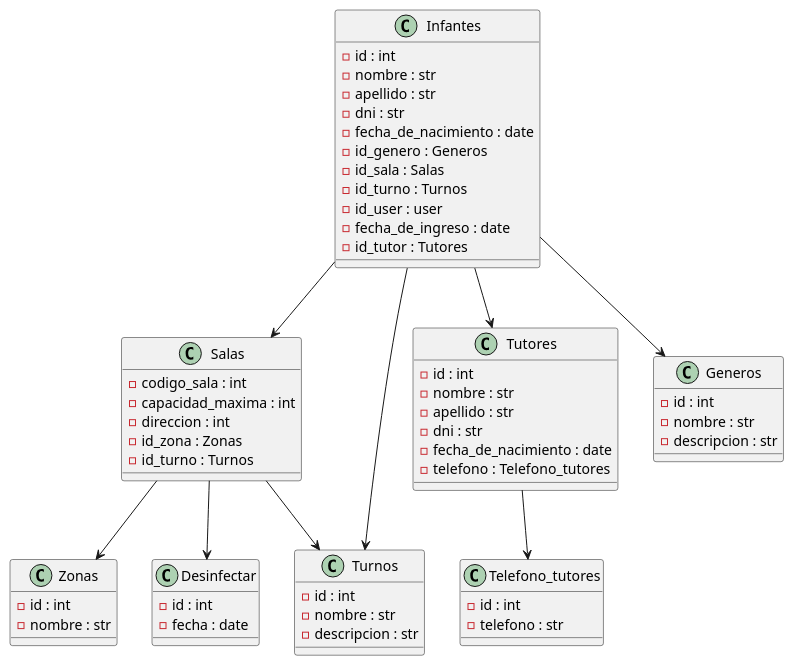
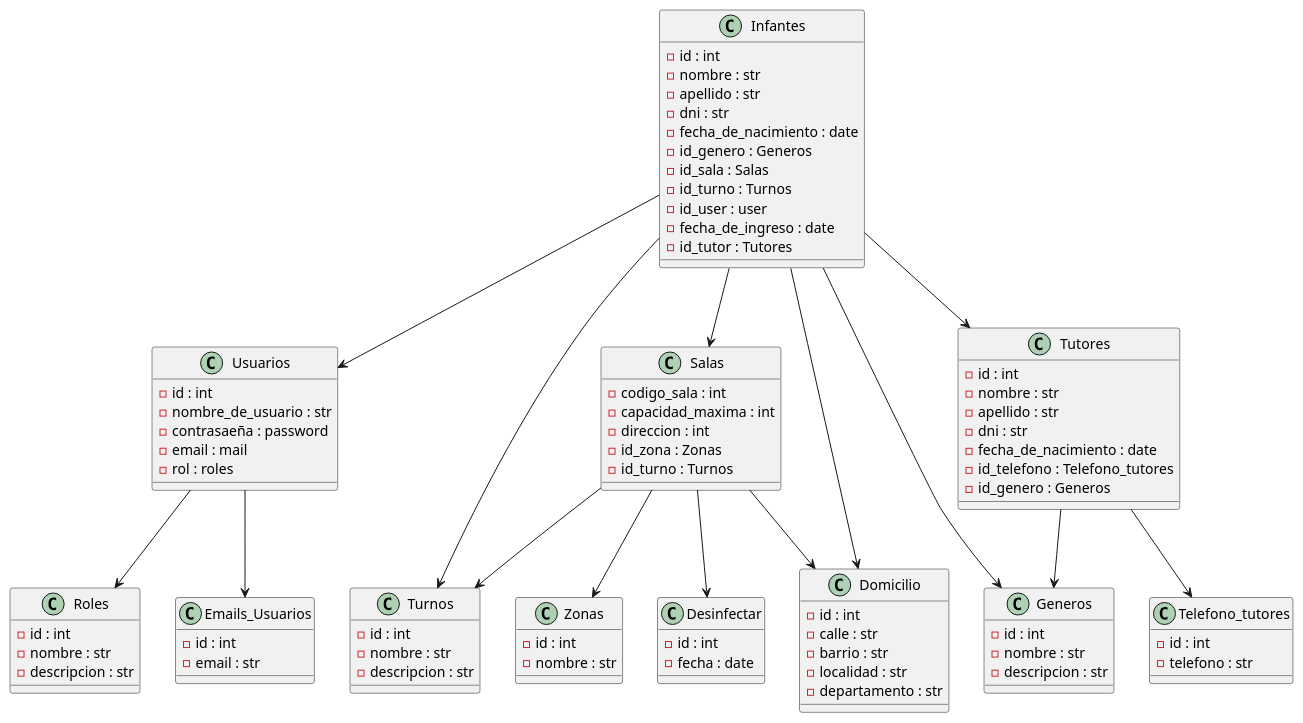
The diagram in Diagram.wsd (santiago6124/SalasCunaOLD), drawn with PlantUML before and after one commit.

Commit message:
Diagram almost done

```diff
--- a/Diagram.wsd
+++ b/Diagram.wsd
@@ -1,69 +1,103 @@
 @startuml test
 
 class Infantes {
     -id : int
     -nombre : str
     -apellido : str
     -dni : str
     -fecha_de_nacimiento : date
     -id_genero : Generos
     -id_sala : Salas
     -id_turno : Turnos
     -id_user : user
     -fecha_de_ingreso : date
     -id_tutor : Tutores
+}
+
+class Usuarios {
+    -id : int
+    -nombre_de_usuario : str
+    -contrasaeña : password
+    -email : mail
+    -rol : roles
 }
 
 class Salas {
     -codigo_sala : int
     -capacidad_maxima : int
     -direccion : int
     -id_zona : Zonas
     -id_turno : Turnos
 } 
 
 class Zonas {
     -id : int
     -nombre : str
 }
 
 class Tutores {
     -id : int
     -nombre : str
     -apellido : str
     -dni : str
     -fecha_de_nacimiento : date
-    -telefono : Telefono_tutores
+    -id_telefono : Telefono_tutores
+    -id_genero : Generos
 }
 
 class Turnos {
     -id : int
     -nombre : str
     -descripcion : str
 }
 
 class Generos {
     -id : int
     -nombre : str
     -descripcion : str
 }
 
+class Roles {
+    -id : int
+    -nombre : str
+    -descripcion : str
+}
+
 class Telefono_tutores {
     -id : int
     -telefono : str
+}
+
+class Emails_Usuarios {
+    -id : int
+    -email : str
 }
 
 class Desinfectar {
     -id : int
     -fecha : date
 }
 
+class Domicilio {
+    -id : int
+    -calle : str
+    -barrio : str
+    -localidad : str
+    -departamento : str
+}
+
 Infantes --> Salas
 Infantes --> Generos
 Infantes --> Tutores
 Infantes --> Turnos
+Infantes --> Usuarios
+Infantes --> Domicilio
 Tutores --> Telefono_tutores
+Usuarios --> Roles
+Usuarios --> Emails_Usuarios
 Salas --> Zonas
 Salas --> Desinfectar
 Salas --> Turnos
+Salas --> Domicilio
+Tutores --> Generos
 @enduml
```
